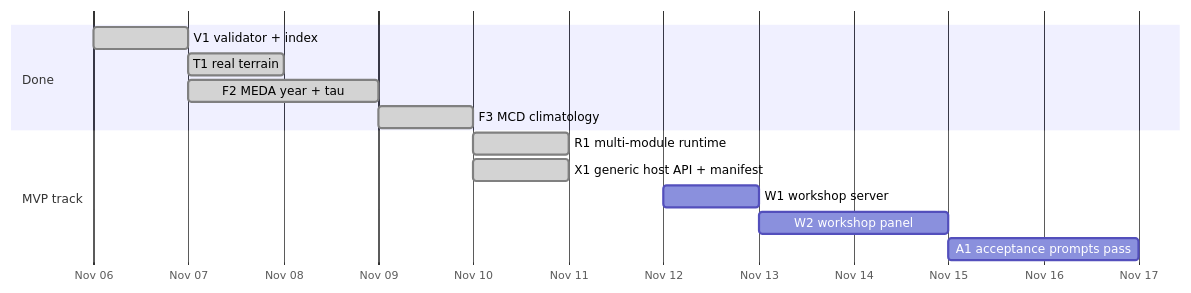
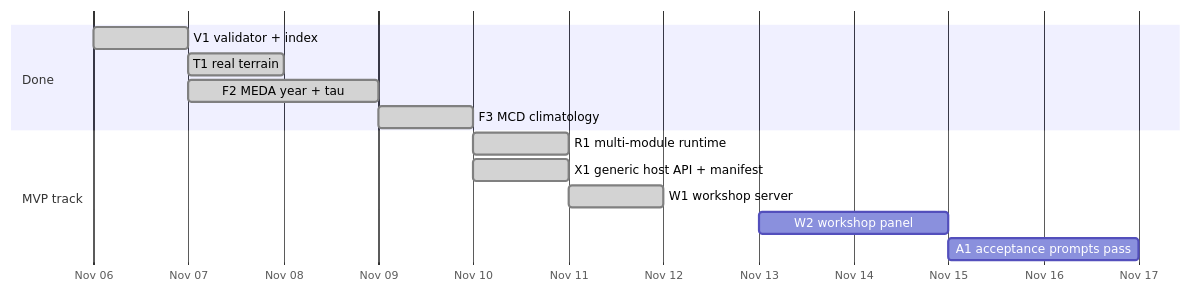
The sixth of 6 diagrams in docs/DEV_GUIDE.md (chingchang/mars-sandbox), drawn with Mermaid before and after one commit. The commit also changed other lines of this file and 16 other files, not shown here.

````diff
--- a/docs/DEV_GUIDE.md
+++ b/docs/DEV_GUIDE.md
@@ -266,16 +266,16 @@
 ```mermaid
 gantt
     dateFormat  YYYY-MM-DD
     axisFormat  %b %d
     section Done
     V1 validator + index          :done, 2026-11-06, 1d
     T1 real terrain               :done, 2026-11-07, 1d
     F2 MEDA year + tau            :done, 2026-11-07, 2d
     F3 MCD climatology            :done, 2026-11-09, 1d
     section MVP track
     R1 multi-module runtime       :done, 2026-11-10, 1d
     X1 generic host API + manifest:done, 2026-11-10, 1d
-    W1 workshop server            :2026-11-12, 1d
+    W1 workshop server            :done, 2026-11-11, 1d
     W2 workshop panel             :2026-11-13, 2d
     A1 acceptance prompts pass    :2026-11-15, 2d
 ```
````
